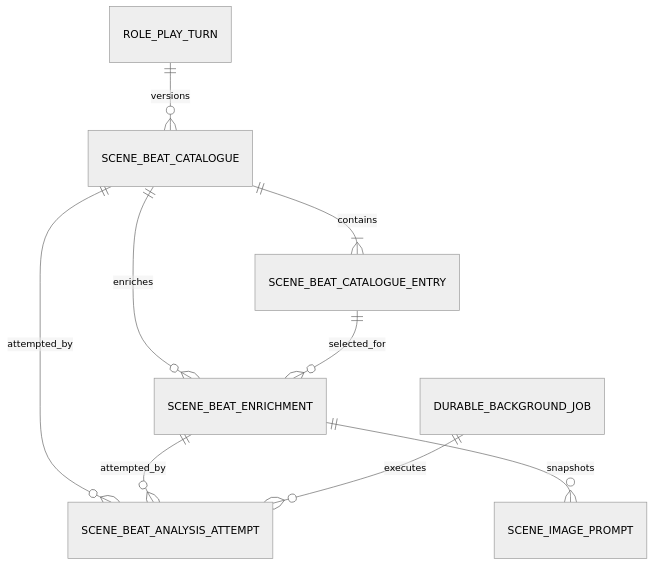
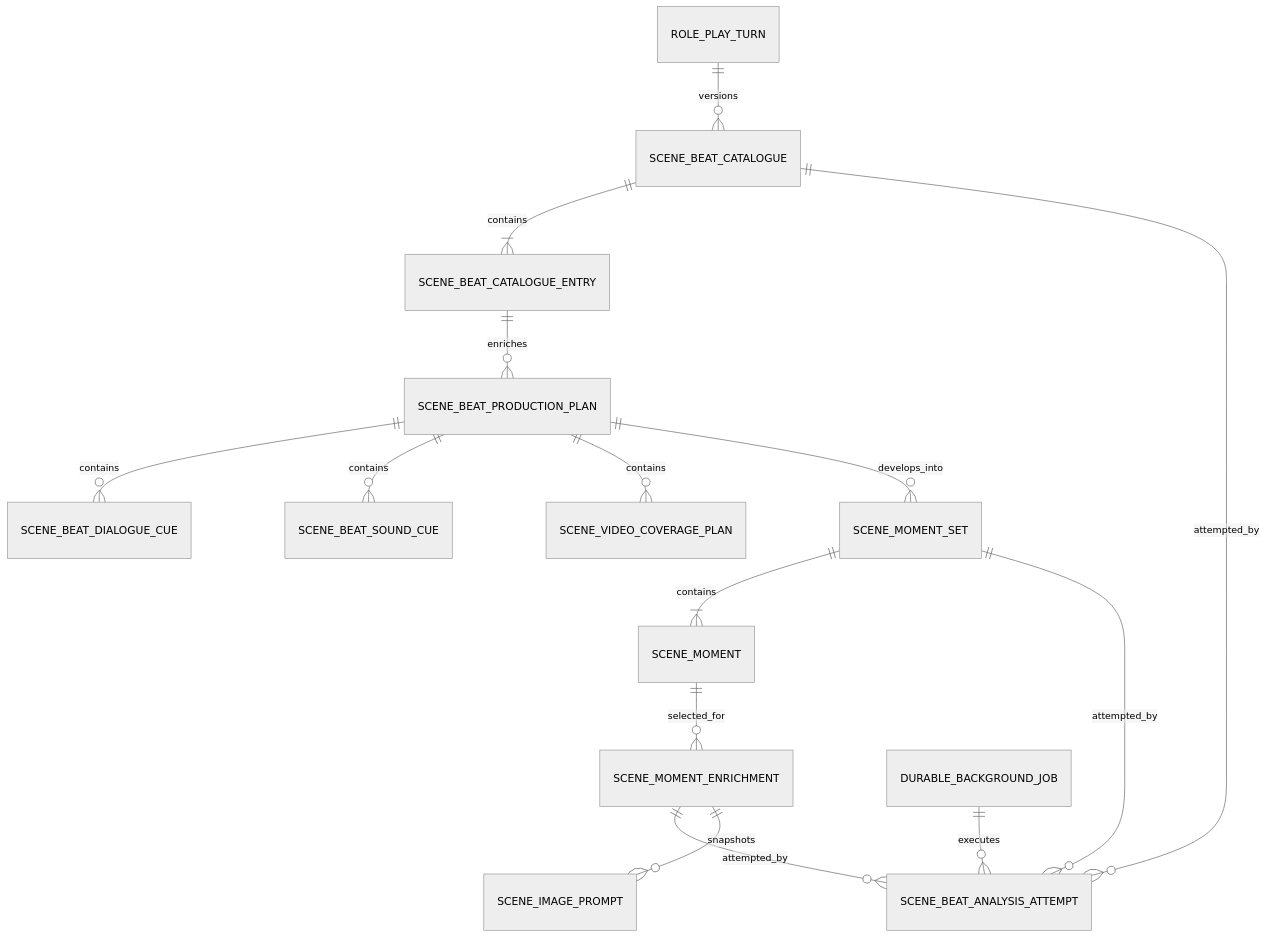
Before and after one commit to DaturaInoxia/DreamGenClone: the diagram in specs/Planning/B-100-progressive-scene-beat-pipeline/data-model.md, drawn with Mermaid (neutral theme). The commit also changed other lines of this file and 15 other files, not shown here.

````diff
--- a/specs/Planning/B-100-progressive-scene-beat-pipeline/data-model.md
+++ b/specs/Planning/B-100-progressive-scene-beat-pipeline/data-model.md
@@ -5,11 +5,17 @@
 ```mermaid
 erDiagram
     ROLE_PLAY_TURN ||--o{ SCENE_BEAT_CATALOGUE : versions
     SCENE_BEAT_CATALOGUE ||--|{ SCENE_BEAT_CATALOGUE_ENTRY : contains
-    SCENE_BEAT_CATALOGUE ||--o{ SCENE_BEAT_ENRICHMENT : enriches
-    SCENE_BEAT_CATALOGUE_ENTRY ||--o{ SCENE_BEAT_ENRICHMENT : selected_for
+    SCENE_BEAT_CATALOGUE_ENTRY ||--o{ SCENE_BEAT_PRODUCTION_PLAN : enriches
+    SCENE_BEAT_PRODUCTION_PLAN ||--o{ SCENE_BEAT_DIALOGUE_CUE : contains
+    SCENE_BEAT_PRODUCTION_PLAN ||--o{ SCENE_BEAT_SOUND_CUE : contains
+    SCENE_BEAT_PRODUCTION_PLAN ||--o{ SCENE_VIDEO_COVERAGE_PLAN : contains
+    SCENE_BEAT_PRODUCTION_PLAN ||--o{ SCENE_MOMENT_SET : develops_into
+    SCENE_MOMENT_SET ||--|{ SCENE_MOMENT : contains
+    SCENE_MOMENT ||--o{ SCENE_MOMENT_ENRICHMENT : selected_for
     SCENE_BEAT_CATALOGUE ||--o{ SCENE_BEAT_ANALYSIS_ATTEMPT : attempted_by
-    SCENE_BEAT_ENRICHMENT ||--o{ SCENE_BEAT_ANALYSIS_ATTEMPT : attempted_by
+    SCENE_MOMENT_SET ||--o{ SCENE_BEAT_ANALYSIS_ATTEMPT : attempted_by
+    SCENE_MOMENT_ENRICHMENT ||--o{ SCENE_BEAT_ANALYSIS_ATTEMPT : attempted_by
     DURABLE_BACKGROUND_JOB ||--o{ SCENE_BEAT_ANALYSIS_ATTEMPT : executes
-    SCENE_BEAT_ENRICHMENT ||--o{ SCENE_IMAGE_PROMPT : snapshots
+    SCENE_MOMENT_ENRICHMENT ||--o{ SCENE_IMAGE_PROMPT : snapshots
 ```
````
